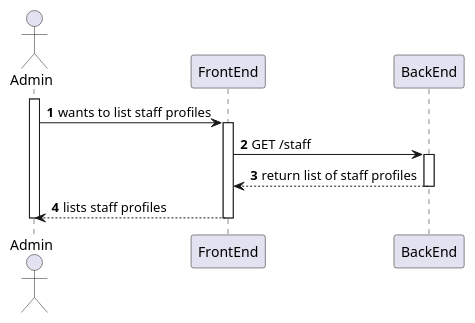
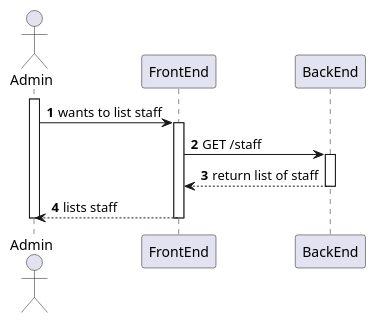
The diagram in Wiki/SprintA/diagrams/use-cases/21-list-staff-profiles/level2/process-view.puml (MiguelCardoso77/SurgicalSync-BackEnd), drawn with PlantUML before and after one commit. The commit also changed 8 other files, not shown here.

```diff
--- a/Wiki/SprintA/diagrams/use-cases/21-list-staff-profiles/level2/process-view.puml
+++ b/Wiki/SprintA/diagrams/use-cases/21-list-staff-profiles/level2/process-view.puml
@@ -1,27 +1,27 @@
 @startuml
 autonumber
 
 actor "Admin" as USER
 
 participant "FrontEnd" as FE
 participant "BackEnd" as BE
 
 activate USER
 
-    USER -> FE : wants to list staff profiles
+    USER -> FE : wants to list staff 
     activate FE
     
     FE -> BE : GET /staff
     activate BE
     
-    BE --> FE : return list of staff profiles 
+    BE --> FE : return list of staff  
     deactivate BE
     
-    FE --> USER : lists staff profiles 
+    FE --> USER : lists staff  
     deactivate FE
 
     
  
 deactivate USER
 
 @enduml
```
